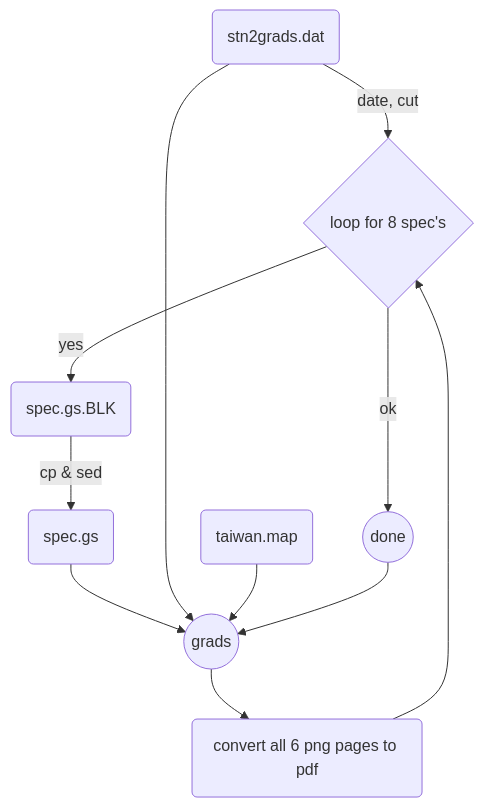
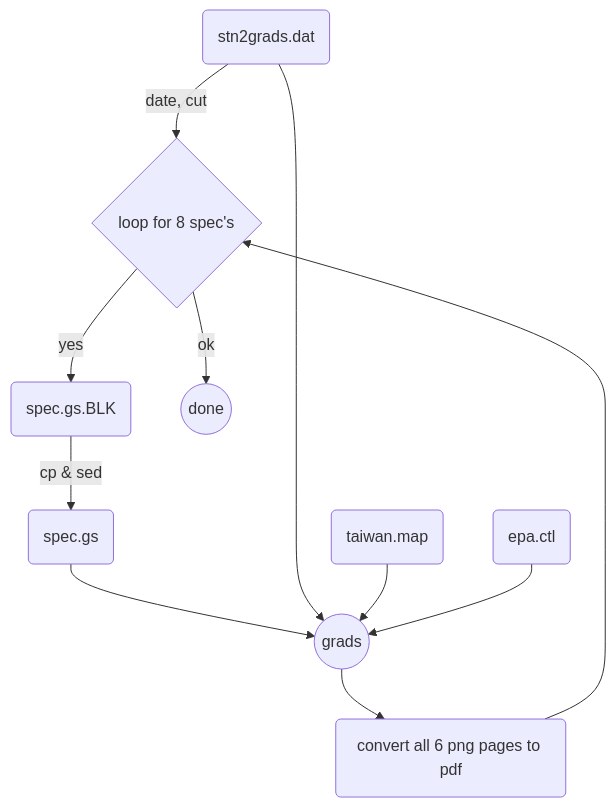
The third of 3 diagrams in _posts/2022-07-21-ovm2grads.md (sinotec2/FAQ), drawn with Mermaid before and after one commit.

````diff
--- a/_posts/2022-07-21-ovm2grads.md
+++ b/_posts/2022-07-21-ovm2grads.md
@@ -107,13 +107,13 @@
 ```mermaid
 graph TD
     C($PWD) -- date, cut -->D{loop for 8 spec's}
     D -- yes --> A(spec.gs.BLK)
     A -- cp & sed --> B(spec.gs)    
     B --> E((grads))
     C(stn2grads.dat) --> E
     I(taiwan.map) --> E
-    G(epa.ctl) --> E
+    H(epa.ctl) --> E
     E --> F(convert all 6 png pages to pdf)
     F --> D
     D -- ok --> G((done))
 ```
````
